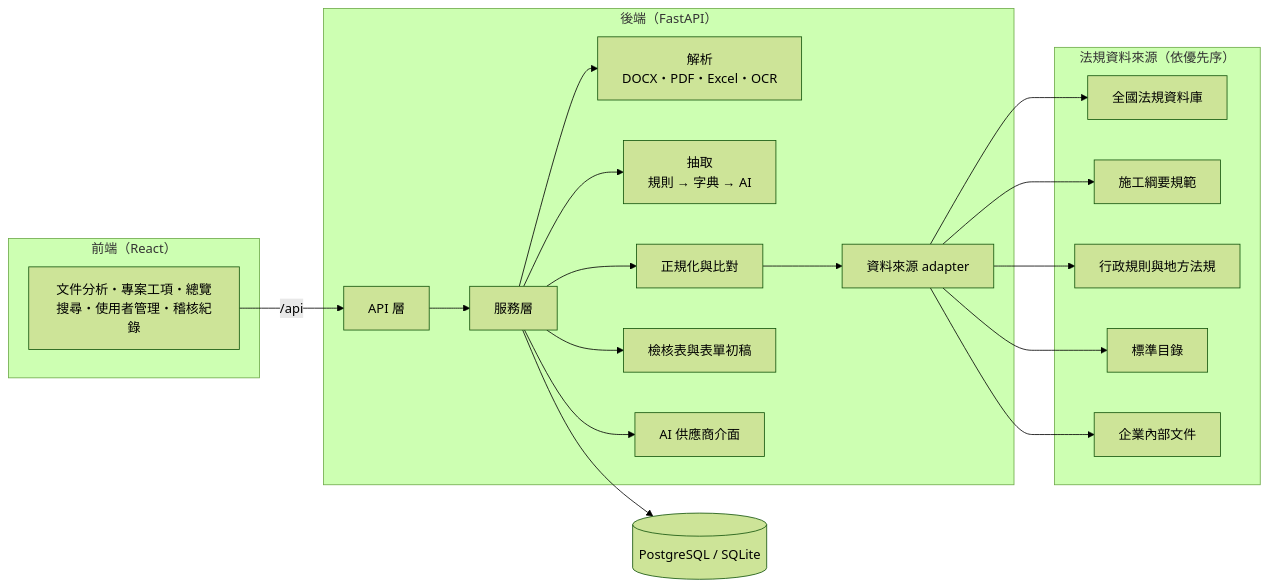
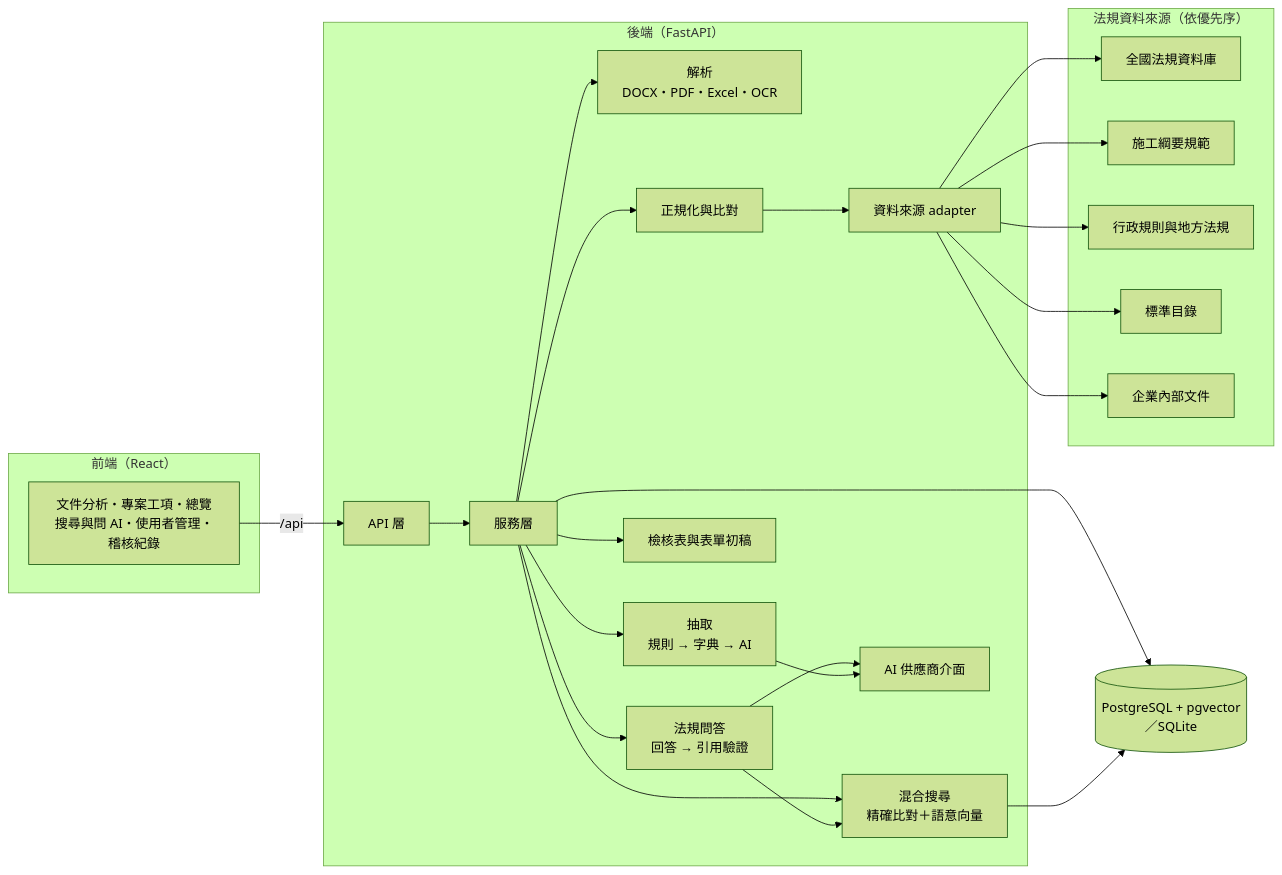
One commit to kayla162/Engineering-Quality changed the diagram in README.md. Above: the diagram before and after it, drawn with Mermaid (forest theme). The commit also changed other lines of this file, not shown here.

````diff
--- a/README.md
+++ b/README.md
@@ -102,28 +96,33 @@
 ```mermaid
 flowchart LR
     subgraph 前端["前端（React）"]
-        UI["文件分析・專案工項・總覽<br/>搜尋・使用者管理・稽核紀錄"]
+        UI["文件分析・專案工項・總覽<br/>搜尋與問 AI・使用者管理・稽核紀錄"]
     end
 
     subgraph 後端["後端（FastAPI）"]
         API["API 層"] --> SVC["服務層"]
         SVC --> PARSE["解析<br/>DOCX・PDF・Excel・OCR"]
         SVC --> EXT["抽取<br/>規則 → 字典 → AI"]
         SVC --> MATCH["正規化與比對"]
         SVC --> CHECK["檢核表與表單初稿"]
+        SVC --> SEARCH["混合搜尋<br/>精確比對＋語意向量"]
+        SVC --> QA["法規問答<br/>回答 → 引用驗證"]
+        QA --> SEARCH
         MATCH --> SRC["資料來源 adapter"]
-        SVC --> AI["AI 供應商介面"]
+        QA --> AI["AI 供應商介面"]
+        EXT --> AI
     end
 
     subgraph 來源["法規資料來源（依優先序）"]
         S1["全國法規資料庫"]
         S2["施工綱要規範"]
         S3["行政規則與地方法規"]
         S4["標準目錄"]
         S5["企業內部文件"]
     end
 
     UI -->|"/api"| API
     SRC --> S1 & S2 & S3 & S4 & S5
-    SVC --> DB[("PostgreSQL / SQLite")]
+    SVC --> DB[("PostgreSQL + pgvector<br/>／SQLite")]
+    SEARCH --> DB
 ```
````
